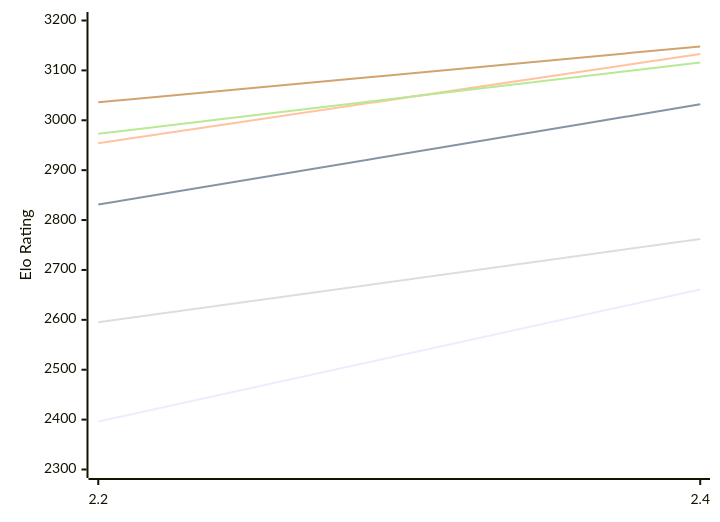
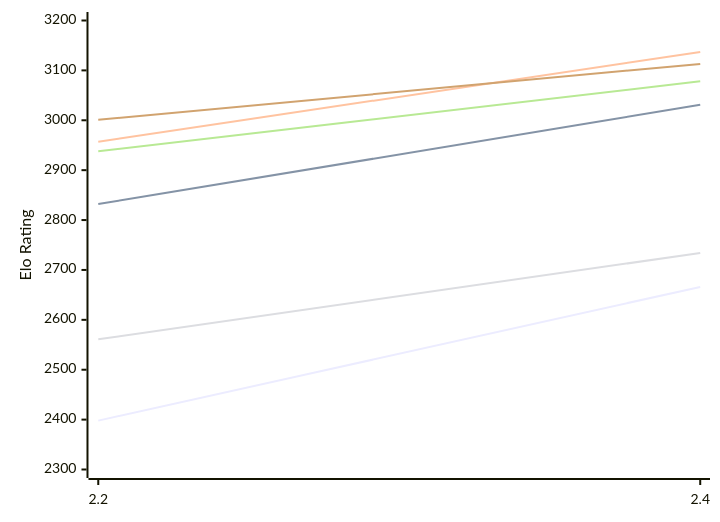
Before and after one commit to computer-chess-index/cci: the first of 2 diagrams in engines/Sloth.md, drawn with Mermaid. The commit also changed other lines of this file, not shown here.

Commit message:
Update CCI Ratings (ELO VLTC) - 2026-10-23

````diff
--- a/engines/Sloth.md
+++ b/engines/Sloth.md
@@ -50,12 +50,12 @@
 ```mermaid
 %%{init: {"theme":"base","themeVariables":{"seriesColors:['#a3a3a3','#222221','#faa371']}}}%%
 xychart-beta
   x-axis ["2.2", "2.4"]
   y-axis "Elo Rating" 2300 --> 3200
-  line "E1: STC (8.0+0.08s)" [2396, 2661]
-  line "E1: LTC (60.0+0.60s)" [2831, 3032]
-  line "E1: VLTC (2m24s+1.12s)" [2954, 3133]
-  line "P1: STC (8.0+0.08s)" [2595, 2762]
-  line "P1: LTC (60.0+0.60s)" [2973, 3116]
-  line "P1: VLTC (2m24s+1.12s)" [3036, 3148]
+  line "E1: STC (8.0+0.08s)" [2398, 2666]
+  line "E1: LTC (60.0+0.60s)" [2832, 3031]
+  line "E1: VLTC (2m24s+1.12s)" [2957, 3137]
+  line "P1: STC (8.0+0.08s)" [2561, 2734]
+  line "P1: LTC (60.0+0.60s)" [2938, 3078]
+  line "P1: VLTC (2m24s+1.12s)" [3001, 3113]
 ```
````
